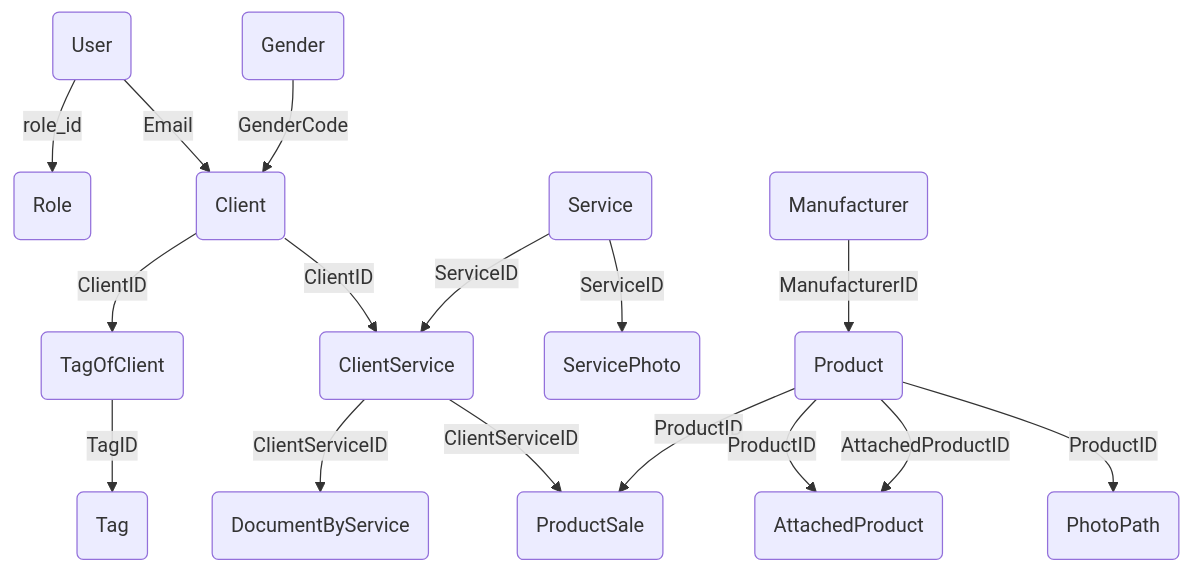
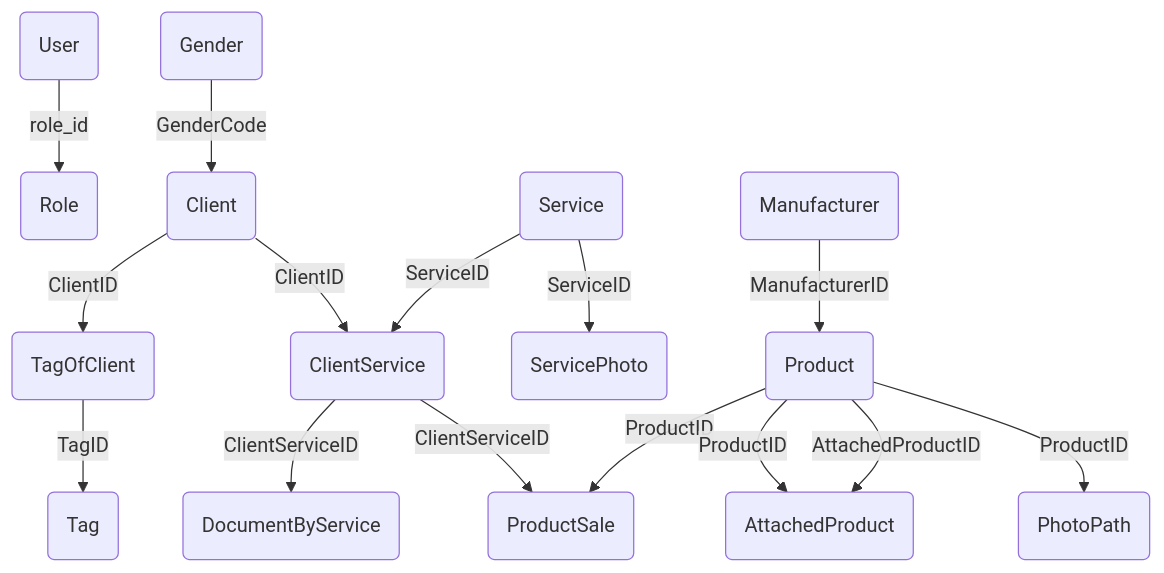
Before and after one commit to LayRosCloud/ListServicesApp: the diagram in README.md, drawn with Mermaid.

````diff
--- a/README.md
+++ b/README.md
@@ -63,18 +63,17 @@
 ```mermaid
 graph TD
     U(User)-->|role_id| R(Role)
-    U-->|Email|C
     C(Client)-->|ClientID| TOF
     TOF(TagOfClient)-->|TagID|T(Tag)
     G(Gender) --> |GenderCode| C
     C --> |ClientID| CS(ClientService)
     CS -->|ClientServiceID| DBS(DocumentByService)
     S(Service) -->|ServiceID|CS
     S -->|ServiceID|SP(ServicePhoto)
     CS -->|ClientServiceID|PS(ProductSale)
     P(Product)-->|ProductID|PS
     P-->|ProductID|AP(AttachedProduct)
     P-->|AttachedProductID|AP(AttachedProduct)
     P-->|ProductID| PP(PhotoPath)
     M(Manufacturer)-->|ManufacturerID| P
 ```
````
